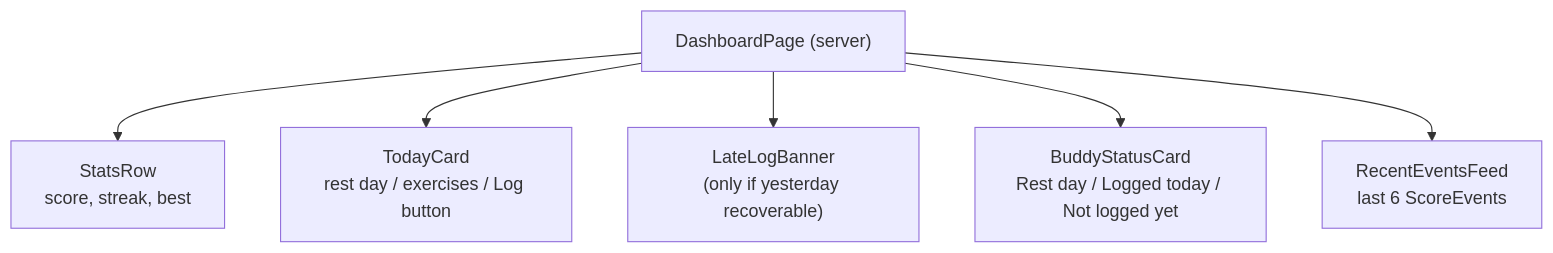
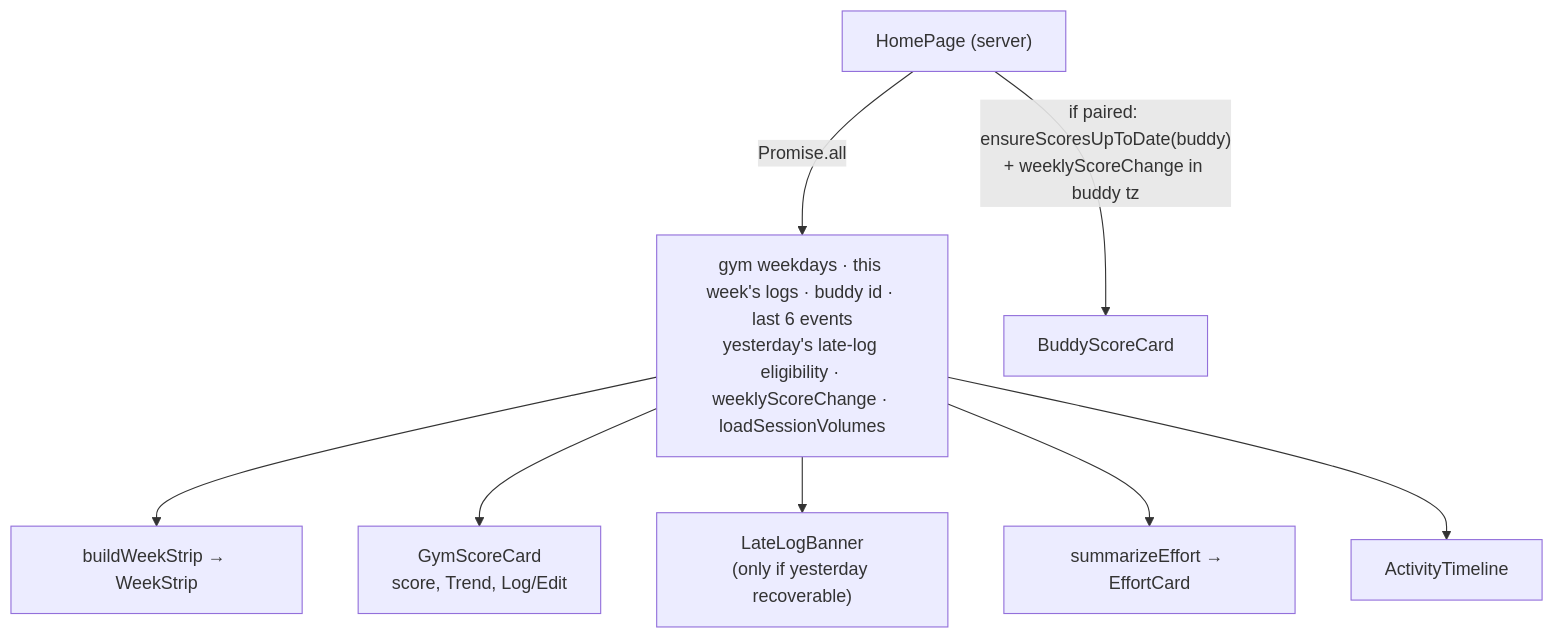
Before and after one commit to YanWirdiny/DUO: diagram 12 of 18 in ARCHITECTURE.md, drawn with Mermaid. The commit also changed other lines of this file and 51 other files, not shown here.

````diff
--- a/ARCHITECTURE.md
+++ b/ARCHITECTURE.md
@@ -640,8 +721,10 @@
 ```mermaid
 flowchart TB
-    D["DashboardPage (server)"] --> SR["StatsRow<br/>score, streak, best"]
-    D --> TC["TodayCard<br/>rest day / exercises / Log button"]
-    D --> LB["LateLogBanner<br/>(only if yesterday recoverable)"]
-    D --> BS["BuddyStatusCard<br/>Rest day / Logged today / Not logged yet"]
-    D --> RF["RecentEventsFeed<br/>last 6 ScoreEvents"]
+    H["HomePage (server)"] -->|"Promise.all"| Q["gym weekdays · this week's logs · buddy id · last 6 events<br/>yesterday's late-log eligibility · weeklyScoreChange · loadSessionVolumes"]
+    Q --> WS["buildWeekStrip → WeekStrip"]
+    Q --> GS["GymScoreCard<br/>score, Trend, Log/Edit"]
+    Q --> LB["LateLogBanner<br/>(only if yesterday recoverable)"]
+    H -->|"if paired: ensureScoresUpToDate(buddy)<br/>+ weeklyScoreChange in buddy tz"| BC["BuddyScoreCard"]
+    Q --> EF["summarizeEffort → EffortCard"]
+    Q --> AT["ActivityTimeline"]
 ```
````
